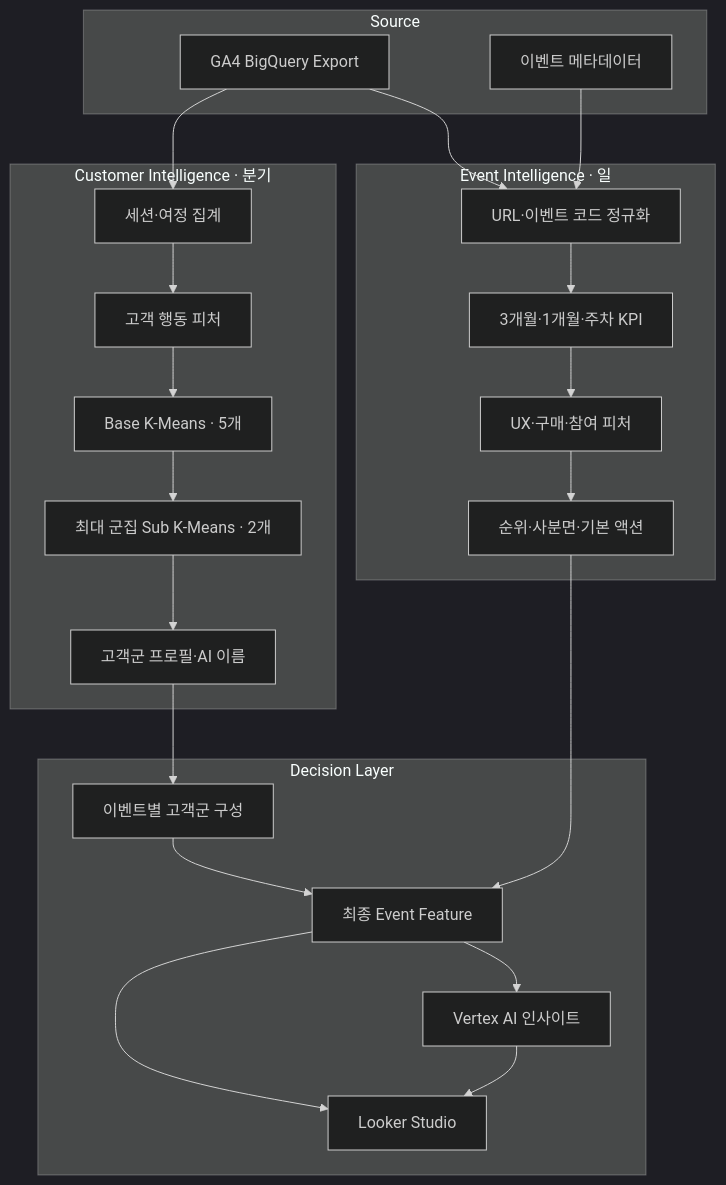
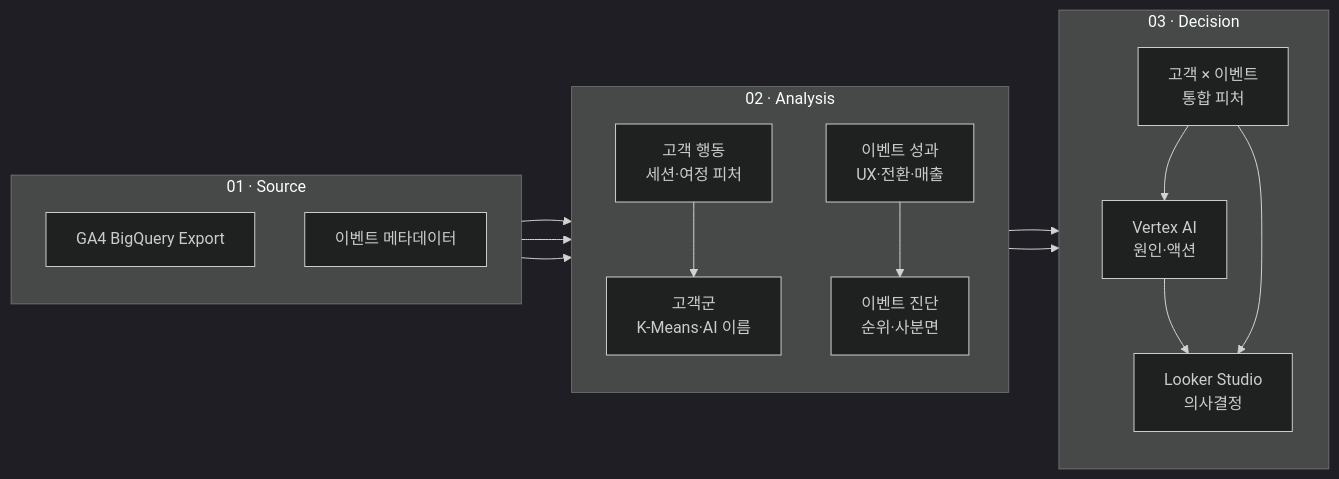
Before and after one commit to qkrwlfjddl/Marketing-KPI-AI-Insight: the first of 3 diagrams in docs/architecture.md, drawn with Mermaid (dark theme). The commit also changed other lines of this file, not shown here.

````diff
--- a/docs/architecture.md
+++ b/docs/architecture.md
@@ -11,38 +11,29 @@
 ```mermaid
-flowchart TB
-    subgraph Source["Source"]
+flowchart LR
+    subgraph Source["01 · Source"]
+        direction TB
         A["GA4 BigQuery Export"]
         M["이벤트 메타데이터"]
     end
 
-    subgraph Customer["Customer Intelligence · 분기"]
-        B["세션·여정 집계"]
-        C["고객 행동 피처"]
-        D["Base K-Means · 5개"]
-        E["최대 군집 Sub K-Means · 2개"]
-        F["고객군 프로필·AI 이름"]
+    subgraph Analysis["02 · Analysis"]
+        direction TB
+        B["고객 행동<br/>세션·여정 피처"]
+        C["고객군<br/>K-Means·AI 이름"]
+        D["이벤트 성과<br/>UX·전환·매출"]
+        E["이벤트 진단<br/>순위·사분면"]
     end
 
-    subgraph Event["Event Intelligence · 일"]
-        G["URL·이벤트 코드 정규화"]
-        H["3개월·1개월·주차 KPI"]
-        I["UX·구매·참여 피처"]
-        J["순위·사분면·기본 액션"]
+    subgraph Decision["03 · Decision"]
+        direction TB
+        F["고객 × 이벤트<br/>통합 피처"]
+        G["Vertex AI<br/>원인·액션"]
+        H["Looker Studio<br/>의사결정"]
     end
 
-    subgraph Decision["Decision Layer"]
-        K["이벤트별 고객군 구성"]
-        L["최종 Event Feature"]
-        V["Vertex AI 인사이트"]
-        N["Looker Studio"]
-    end
-
-    A --> B --> C --> D --> E --> F
-    A --> G --> H --> I --> J
-    M --> G
-    F --> K --> L
-    J --> L
-    L --> V
-    L --> N
-    V --> N
+    A --> B --> C --> F
+    A --> D --> E --> F
+    M --> D
+    F --> G --> H
+    F --> H
 ```
````
